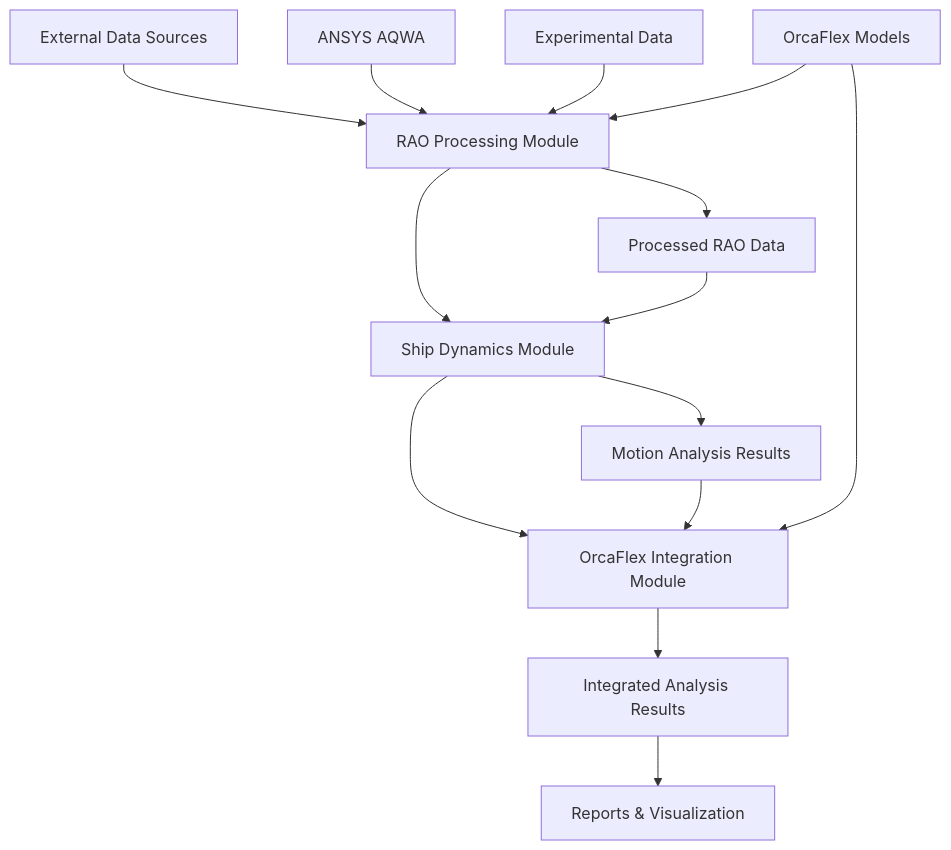
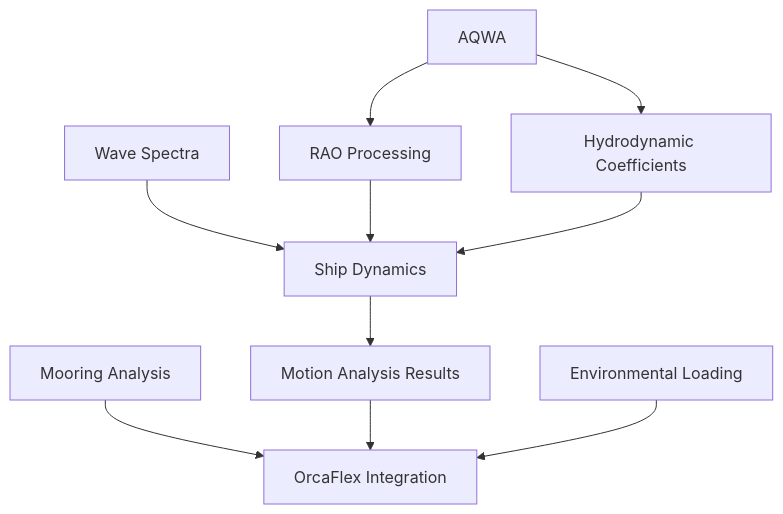
The diagram in specs/modules/marine-engineering/README.md (vamseeachanta/digitalmodel), drawn with Mermaid before and after one commit. The commit also changed other lines of this file and 584 other files, not shown here.

````diff
--- a/specs/modules/marine-engineering/README.md
+++ b/specs/modules/marine-engineering/README.md
@@ -129,19 +261,14 @@
 ```mermaid
 graph TB
-    A[External Data Sources] --> B[RAO Processing Module]
-    B --> C[Ship Dynamics Module]  
-    C --> D[OrcaFlex Integration Module]
-    
-    E[ANSYS AQWA] --> B
-    F[Experimental Data] --> B
-    G[OrcaFlex Models] --> B
-    G --> D
-    
-    B --> H[Processed RAO Data]
-    C --> I[Motion Analysis Results]
-    D --> J[Integrated Analysis Results]
-    
-    H --> C
+    A[Wave Spectra] --> B[Ship Dynamics]
+    C[RAO Processing] --> B
+    D[Hydrodynamic Coefficients] --> B
+    B --> E[Motion Analysis Results]
+
+    F[Mooring Analysis] --> G[OrcaFlex Integration]
+    E --> G
+    H[Environmental Loading] --> G
+
+    I[AQWA] --> C
     I --> D
-    J --> K[Reports & Visualization]
 ```
````
